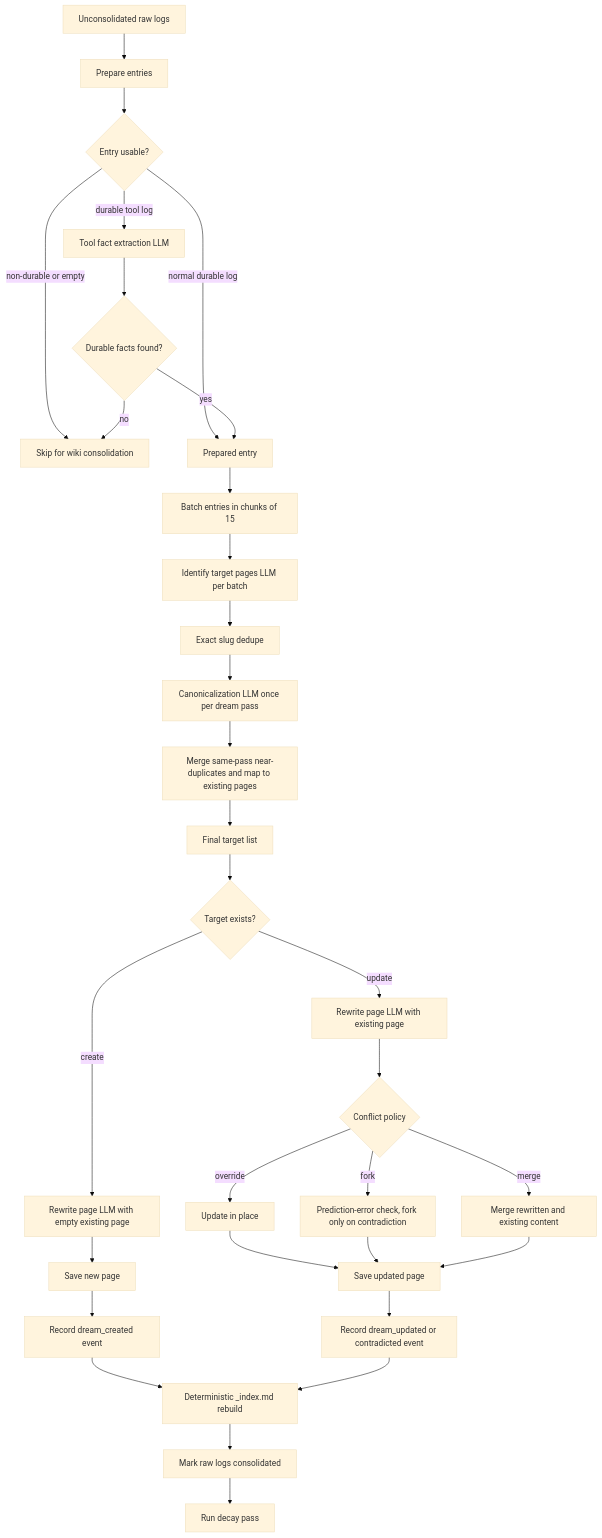
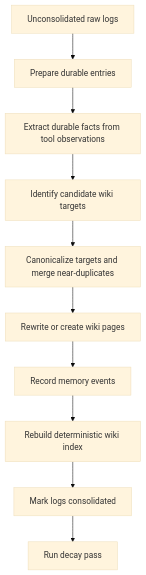
One commit to nsadras/mycelium changed the diagram in README.md. Above: the diagram before and after it, drawn with Mermaid (base theme).

Commit message:
simplify flowchart

````diff
--- a/README.md
+++ b/README.md
@@ -197,37 +197,12 @@
 ```mermaid
 flowchart TD
-    A[Unconsolidated raw logs] --> B[Prepare entries]
-    B --> C{Entry usable?}
-    C -- non-durable or empty --> D[Skip for wiki consolidation]
-    C -- normal durable log --> E[Prepared entry]
-    C -- durable tool log --> F[Tool fact extraction LLM]
-    F --> G{Durable facts found?}
-    G -- no --> D
-    G -- yes --> E
-
-    E --> H[Batch entries in chunks of 15]
-    H --> I[Identify target pages LLM per batch]
-    I --> J[Exact slug dedupe]
-    J --> K[Canonicalization LLM once per dream pass]
-    K --> L[Merge same-pass near-duplicates and map to existing pages]
-    L --> M[Final target list]
-
-    M --> N{Target exists?}
-    N -- create --> O[Rewrite page LLM with empty existing page]
-    N -- update --> P[Rewrite page LLM with existing page]
-    P --> Q{Conflict policy}
-    Q -- override --> R[Update in place]
-    Q -- fork --> S[Prediction-error check, fork only on contradiction]
-    Q -- merge --> T[Merge rewritten and existing content]
-    O --> U[Save new page]
-    R --> V[Save updated page]
-    S --> V
-    T --> V
-
-    U --> W[Record dream_created event]
-    V --> X[Record dream_updated or contradicted event]
-    W --> Y[Deterministic _index.md rebuild]
-    X --> Y
-    Y --> Z[Mark raw logs consolidated]
-    Z --> AA[Run decay pass]
+    A[Unconsolidated raw logs] --> B[Prepare durable entries]
+    B --> C[Extract durable facts from tool observations]
+    C --> D[Identify candidate wiki targets]
+    D --> E[Canonicalize targets and merge near-duplicates]
+    E --> F[Rewrite or create wiki pages]
+    F --> G[Record memory events]
+    G --> H[Rebuild deterministic wiki index]
+    H --> I[Mark logs consolidated]
+    I --> J[Run decay pass]
 ```
````
